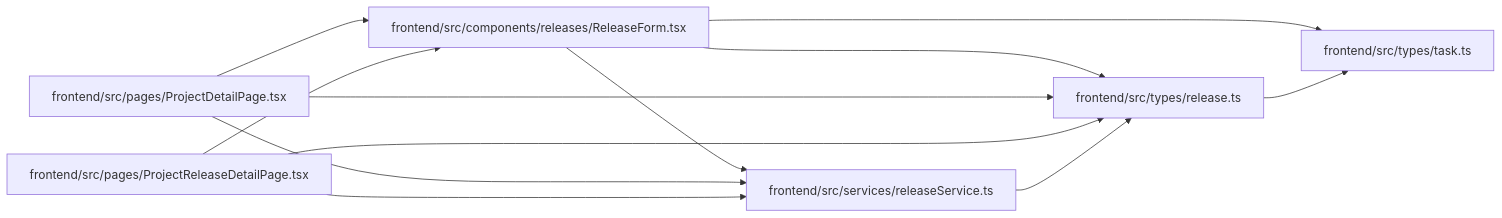
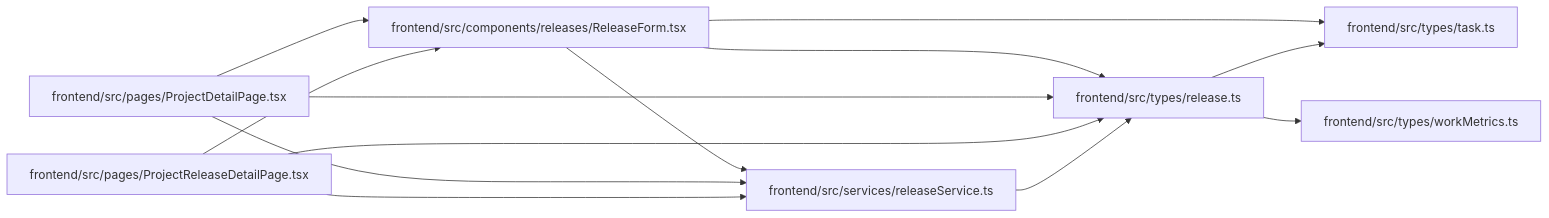
One commit to Denissvgn/WorkChord changed the diagram in docs/llm_wiki/modules/types_release.md. Above: the diagram before and after it, drawn with Mermaid. The commit also changed other lines of this file and 958 other files, not shown here.

First line of the commit message:
docs(wiki): refresh identity and recovery architecture

````diff
--- a/docs/llm_wiki/modules/types_release.md
+++ b/docs/llm_wiki/modules/types_release.md
@@ -24,26 +25,29 @@
 ```mermaid
 flowchart LR
     n0["frontend/src/components/releases/ReleaseForm.tsx"]
     n1["frontend/src/pages/ProjectDetailPage.tsx"]
     n2["frontend/src/pages/ProjectReleaseDetailPage.tsx"]
     n3["frontend/src/services/releaseService.ts"]
     n4["frontend/src/types/release.ts"]
     n5["frontend/src/types/task.ts"]
+    n6["frontend/src/types/workMetrics.ts"]
     n0 --> n3
     n0 --> n4
     n0 --> n5
     n1 --> n0
     n1 --> n3
     n1 --> n4
     n2 --> n0
     n2 --> n3
     n2 --> n4
     n3 --> n4
     n4 --> n5
+    n4 --> n6
     click n0 "../modules/ReleaseForm.md"
     click n1 "../modules/ProjectDetailPage.md"
     click n2 "../modules/ProjectReleaseDetailPage.md"
     click n3 "../modules/releaseService.md"
     click n4 "../modules/types_release.md"
     click n5 "../modules/types_task.md"
+    click n6 "../modules/workMetrics.md"
 ```
````
